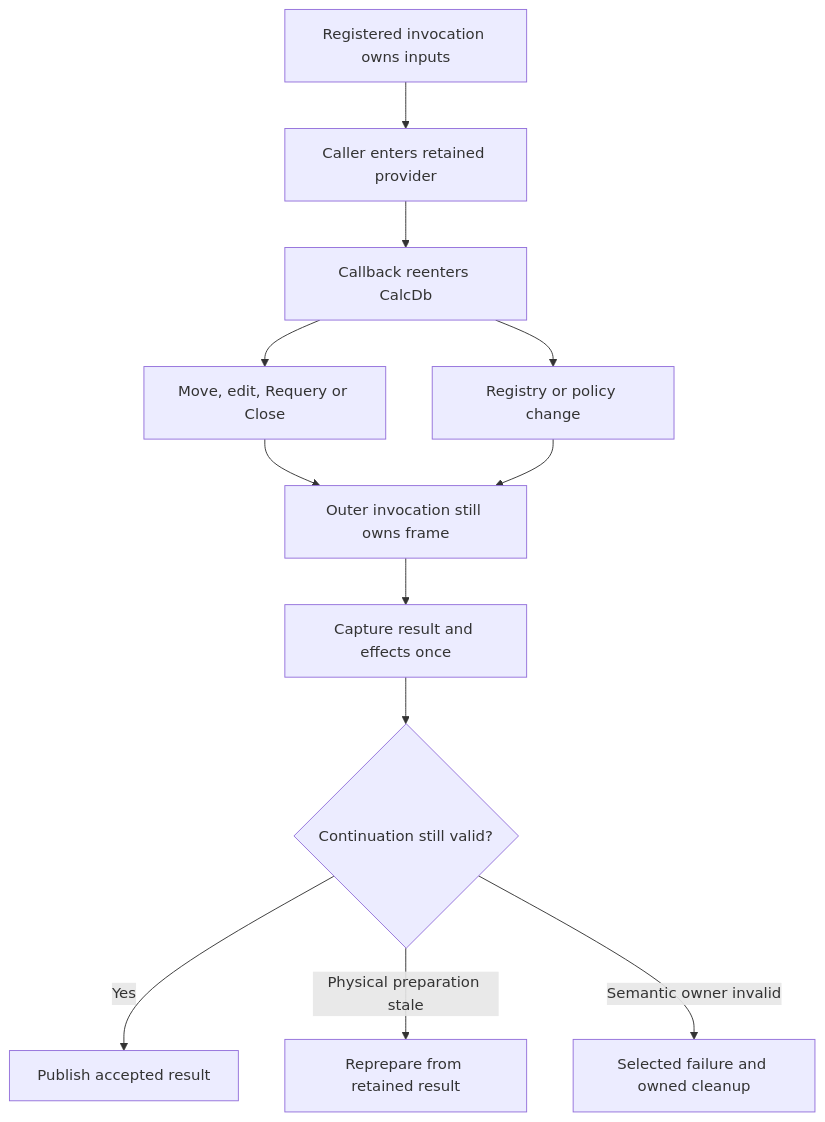
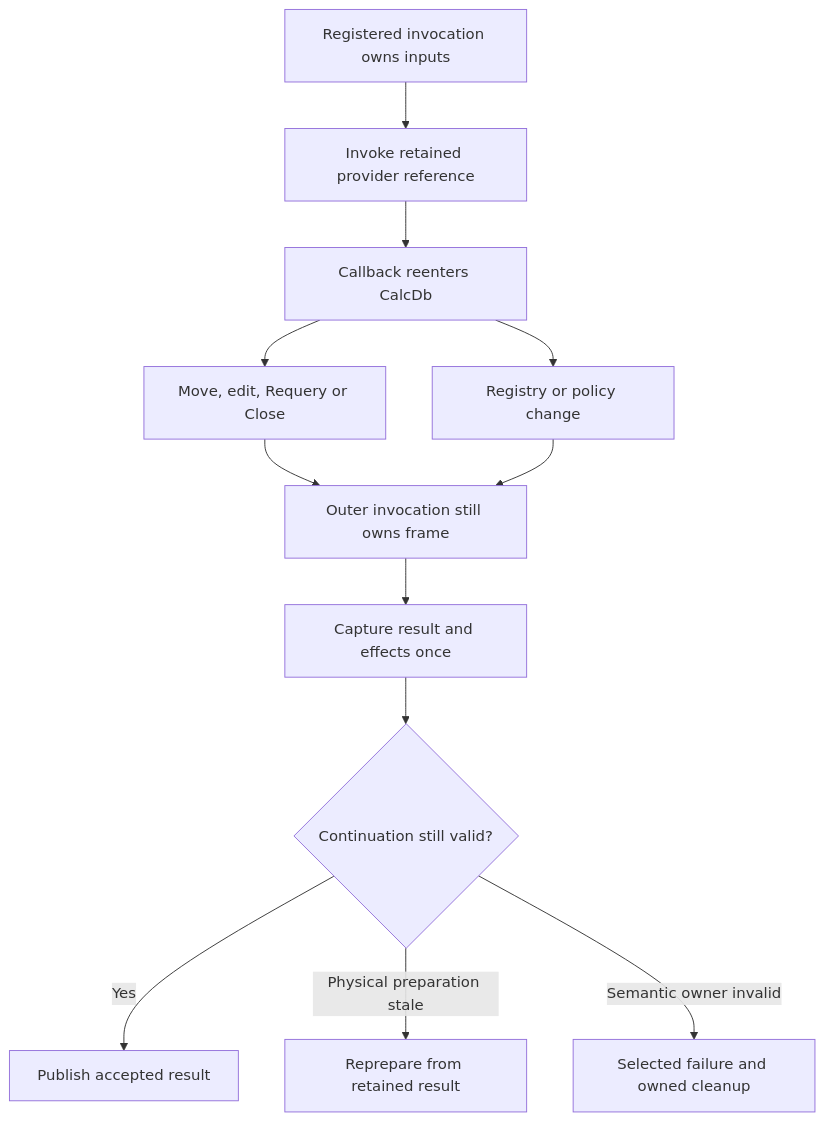
The fourth of 4 diagrams in docs/book/II-10-expressions.md (DnaCalc/CalcDb), drawn with Mermaid before and after one commit. The commit also changed other lines of this file and 41 other files, not shown here.

````diff
--- a/docs/book/II-10-expressions.md
+++ b/docs/book/II-10-expressions.md
@@ -762,14 +770,14 @@
 ```mermaid
 flowchart TD
-    A["Registered invocation owns inputs"] --> B["Caller enters retained provider"]
+    A["Registered invocation owns inputs"] --> B["Invoke retained provider reference"]
     B --> C["Callback reenters CalcDb"]
     C --> D["Move, edit, Requery or Close"]
     C --> E["Registry or policy change"]
     D --> F["Outer invocation still owns frame"]
     E --> F
     F --> G["Capture result and effects once"]
     G --> H{"Continuation still valid?"}
     H -->|"Yes"| I["Publish accepted result"]
     H -->|"Physical preparation stale"| J["Reprepare from retained result"]
     H -->|"Semantic owner invalid"| K["Selected failure and owned cleanup"]
 ```
````
